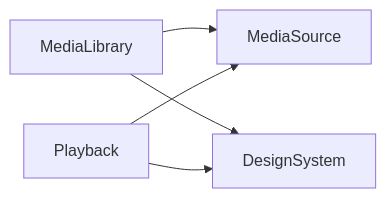
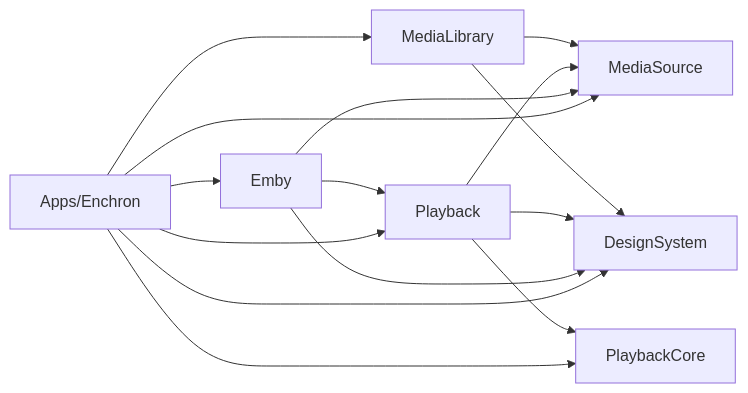
The diagram in ARCHITECTURE.md (1873663116/Enchron), drawn with Mermaid before and after one commit. The commit also changed other lines of this file and 279 other files, not shown here.

````diff
--- a/ARCHITECTURE.md
+++ b/ARCHITECTURE.md
@@ -25,12 +35,25 @@
 ```mermaid
 flowchart LR
     MediaSource["MediaSource"]
     DesignSystem["DesignSystem"]
+    PlaybackCore["PlaybackCore"]
     MediaLibrary["MediaLibrary"]
     Playback["Playback"]
+    Emby["Emby"]
+    App["Apps/Enchron"]
 
     MediaLibrary --> MediaSource
     MediaLibrary --> DesignSystem
     Playback --> MediaSource
     Playback --> DesignSystem
+    Playback --> PlaybackCore
+    Emby --> MediaSource
+    Emby --> DesignSystem
+    Emby --> Playback
+    App --> MediaLibrary
+    App --> Playback
+    App --> Emby
+    App --> MediaSource
+    App --> DesignSystem
+    App --> PlaybackCore
 ```
````
